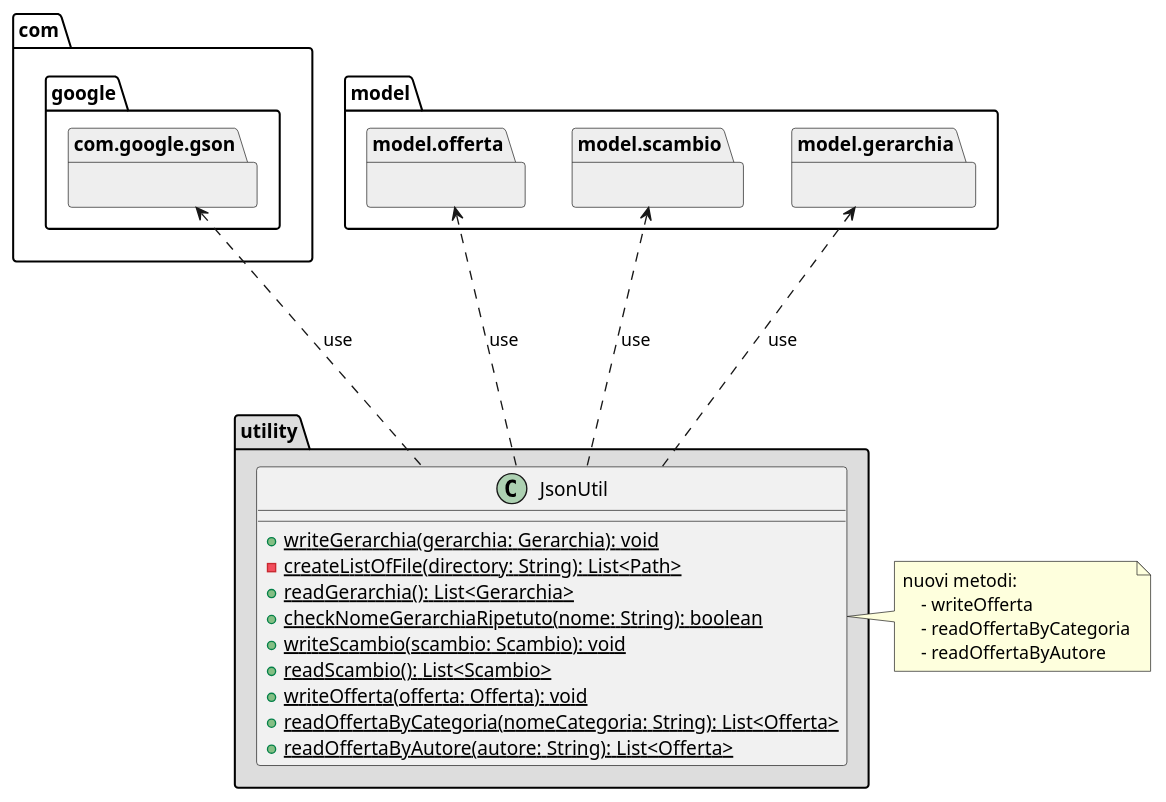
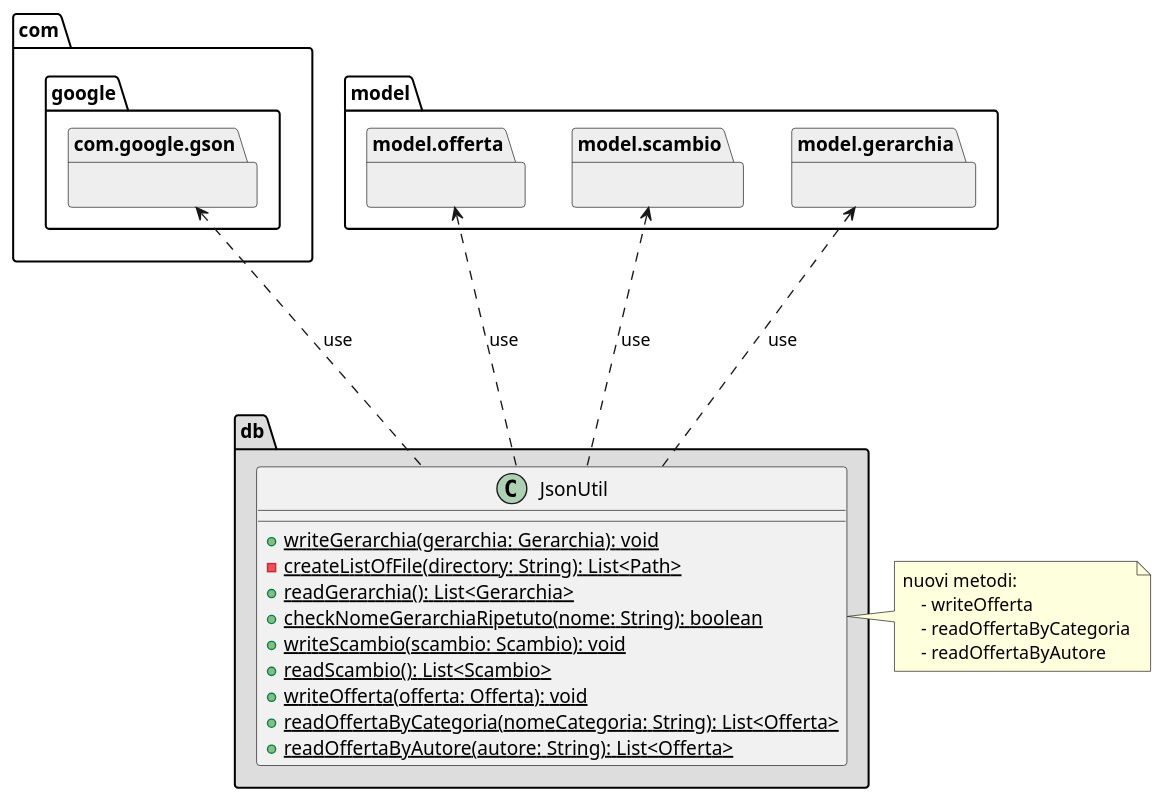
One commit to bernagit/IngegneriaSoftware changed the diagram in Documentation/Ver3/utility.puml. Above: the diagram before and after it, drawn with PlantUML. The commit also changed 37 other files, not shown here.

```diff
--- a/Documentation/Ver3/utility.puml
+++ b/Documentation/Ver3/utility.puml
@@ -1,41 +1,41 @@
-@startuml utility
+@startuml db
 
 package com.google.gson #EEEEEE{}
 
 package model.gerarchia #EEEEEE{}
 
 package model.scambio #EEEEEE{}
 
 package model.offerta #EEEEEE{}
 
-package "utility" #DDDDDD{
+package "db" #DDDDDD{
     
     class JsonUtil{
         +{static} writeGerarchia(gerarchia: Gerarchia): void
         -{static} createListOfFile(directory: String): List<Path>
         +{static} readGerarchia(): List<Gerarchia>
         +{static} checkNomeGerarchiaRipetuto(nome: String): boolean
         +{static} writeScambio(scambio: Scambio): void
         +{static} readScambio(): List<Scambio>
         +{static} writeOfferta(offerta: Offerta): void
         +{static} readOffertaByCategoria(nomeCategoria: String): List<Offerta>
         +{static} readOffertaByAutore(autore: String): List<Offerta>
     }
 
     JsonUtil -up..> com.google.gson: use
     JsonUtil -up..> model.gerarchia: use
     JsonUtil -up..> model.scambio: use
     JsonUtil -up..> model.offerta: use
 
 }
 note right of JsonUtil
 nuovi metodi: 
     - writeOfferta
     - readOffertaByCategoria
     - readOffertaByAutore
 end note
 
 
 
 
 @enduml
```
